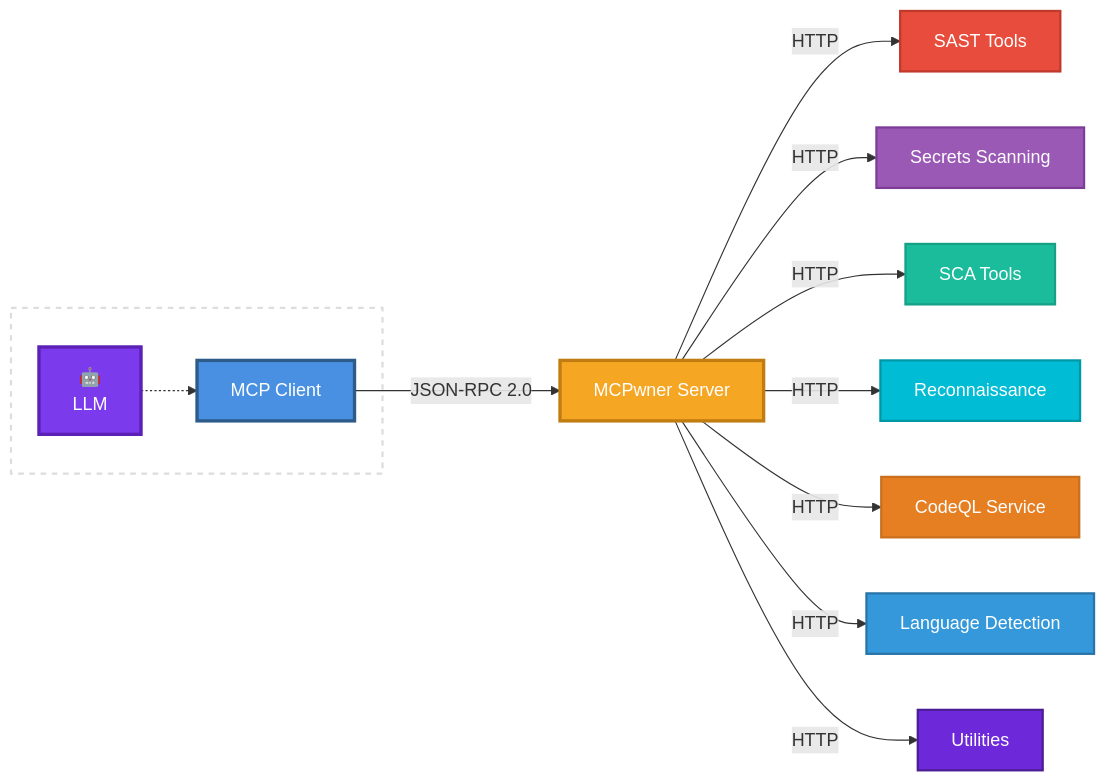
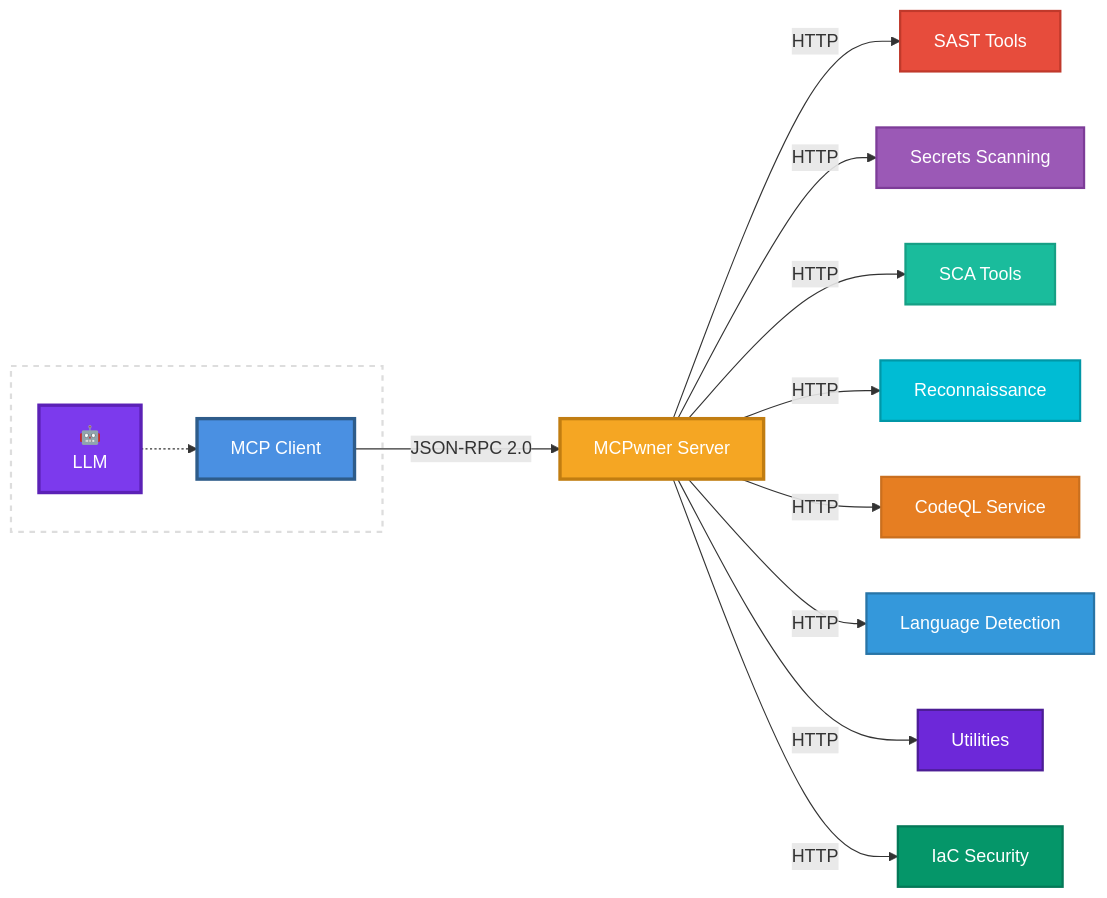
The diagram in README.md (Pigyon/MCPwner), drawn with Mermaid before and after one commit. The commit also changed other lines of this file and 5 other files, not shown here.

````diff
--- a/README.md
+++ b/README.md
@@ -255,39 +256,42 @@
 ```mermaid
 graph LR
     subgraph IDE[" "]
         LLM[🤖<br/>LLM]
         Client[MCP Client]
         LLM -.-> Client
     end
 
     Server[MCPwner Server]
 
     SAST[SAST Tools]
     Secrets[Secrets Scanning]
     SCA[SCA Tools]
     Recon[Reconnaissance]
     CodeQL[CodeQL Service]
     Linguist[Language Detection]
     Utilities[Utilities]
+    IaC[IaC Security]
 
     Client -->|JSON-RPC 2.0| Server
     Server -->|HTTP| SAST
     Server -->|HTTP| Secrets
     Server -->|HTTP| SCA
     Server -->|HTTP| Recon
     Server -->|HTTP| CodeQL
     Server -->|HTTP| Linguist
     Server -->|HTTP| Utilities
+    Server -->|HTTP| IaC
 
     style LLM fill:#7C3AED,stroke:#5B21B6,stroke-width:3px,color:#fff
     style Client fill:#4A90E2,stroke:#2E5C8A,stroke-width:3px,color:#fff
     style Server fill:#F5A623,stroke:#C17D11,stroke-width:3px,color:#fff
     style SAST fill:#E74C3C,stroke:#C0392B,stroke-width:2px,color:#fff
     style Secrets fill:#9B59B6,stroke:#7D3C98,stroke-width:2px,color:#fff
     style SCA fill:#1ABC9C,stroke:#16A085,stroke-width:2px,color:#fff
     style Recon fill:#00BCD4,stroke:#0097A7,stroke-width:2px,color:#fff
     style CodeQL fill:#E67E22,stroke:#CA6F1E,stroke-width:2px,color:#fff
     style Linguist fill:#3498DB,stroke:#2874A6,stroke-width:2px,color:#fff
     style Utilities fill:#6D28D9,stroke:#4C1D95,stroke-width:2px,color:#fff
+    style IaC fill:#059669,stroke:#047857,stroke-width:2px,color:#fff
     style IDE fill:none,stroke:#ddd,stroke-width:2px,stroke-dasharray: 5 5
 ```
````
